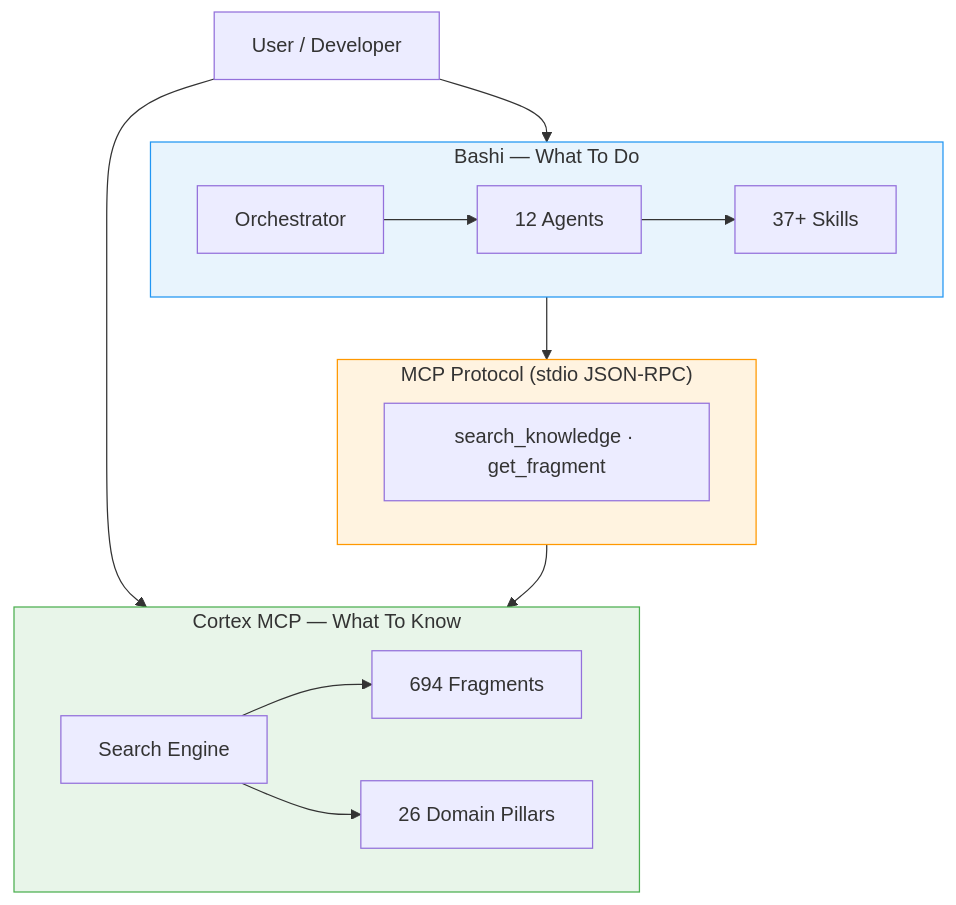
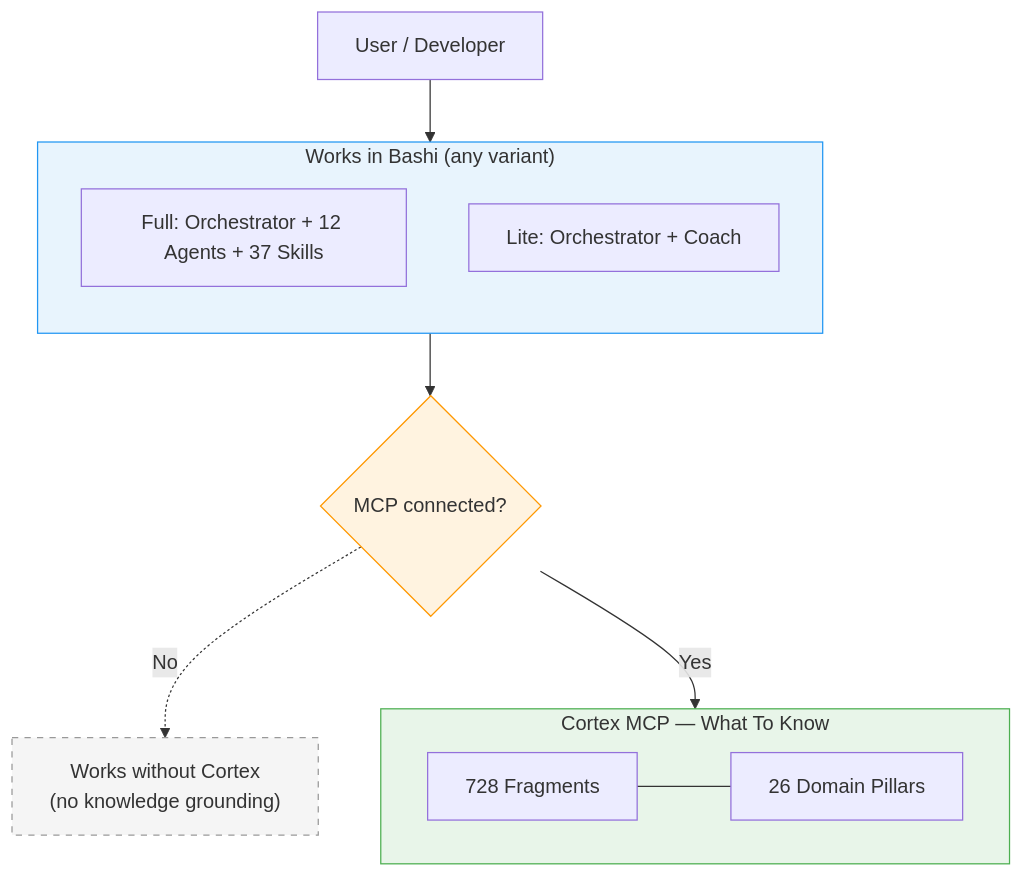
One commit to BasharAmso/cortex-mcp changed the first of 5 diagrams in docs/ARCHITECTURE.md. Above: the diagram before and after it, drawn with Mermaid. The commit also changed other lines of this file, not shown here.

Commit message:
fix: simplify Two-Layer diagram to show Bashi full/lite + optional MCP
The previous diagram exposed all of Bashi's internals (12 agents,
37 skills) which was confusing from Cortex's perspective. Now shows
the actual flow: user works in Bashi (full or lite variant), Cortex
connects optionally via MCP, and the system works either way.

````diff
--- a/docs/ARCHITECTURE.md
+++ b/docs/ARCHITECTURE.md
@@ -38,33 +38,28 @@
 ```mermaid
 flowchart TB
     User["User / Developer"]
 
-    subgraph Bashi["Bashi — What To Do"]
-        Orchestrator["Orchestrator"]
-        Agents["12 Agents"]
-        Skills["37+ Skills"]
+    subgraph Bashi["Works in Bashi (any variant)"]
+        direction TB
+        Full["Full: Orchestrator + 12 Agents + 37 Skills"]
+        Lite["Lite: Orchestrator + Coach"]
     end
 
-    subgraph MCP["MCP Protocol (stdio JSON-RPC)"]
-        Bridge["search_knowledge · get_fragment"]
-    end
+    MCP{"MCP connected?"}
 
     subgraph Cortex["Cortex MCP — What To Know"]
-        Engine["Search Engine"]
-        Library["694 Fragments"]
+        Library["728 Fragments"]
         Pillars["26 Domain Pillars"]
     end
 
     User --> Bashi
-    User --> Cortex
     Bashi --> MCP
-    MCP --> Cortex
-    Engine --> Library
-    Engine --> Pillars
-    Orchestrator --> Agents
-    Agents --> Skills
+    MCP -->|Yes| Cortex
+    MCP -.->|No| NoMCP["Works without Cortex\n(no knowledge grounding)"]
+    Library --- Pillars
 
     style Bashi fill:#e8f4fd,stroke:#2196f3
     style Cortex fill:#e8f5e9,stroke:#4caf50
     style MCP fill:#fff3e0,stroke:#ff9800
+    style NoMCP fill:#f5f5f5,stroke:#999,stroke-dasharray: 5 5
 ```
````
